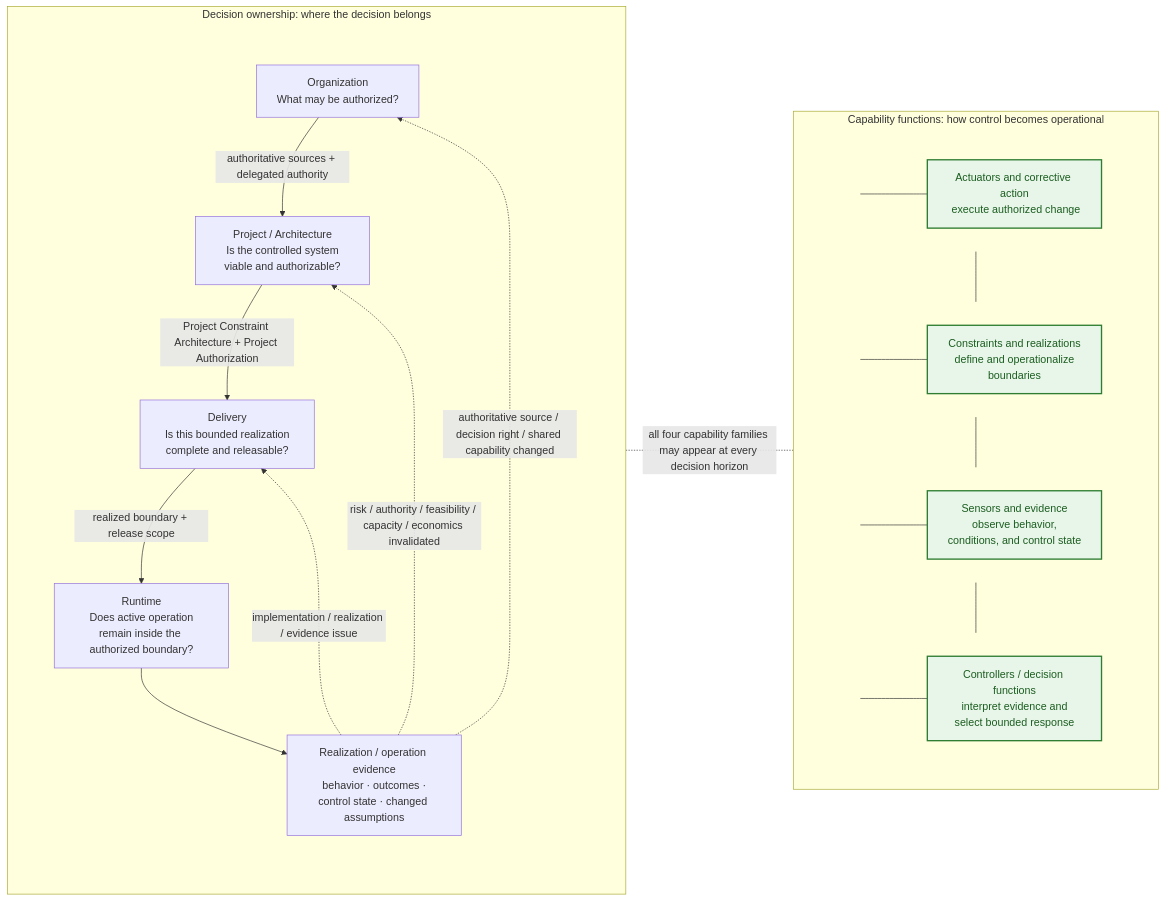
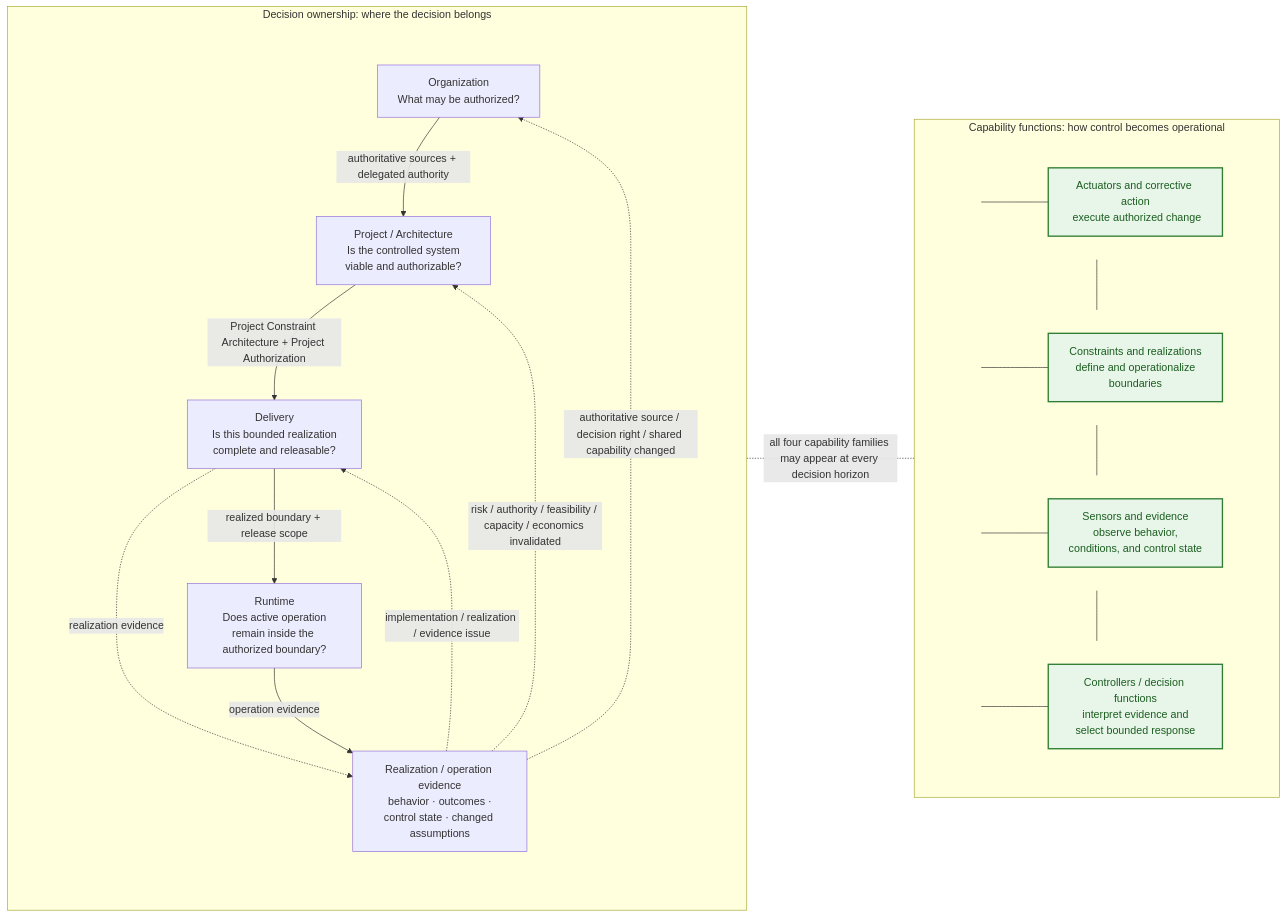
One commit to UncertaintyArchitectureGroup/uncertainty-architecture changed the ninth of 15 diagrams in content/research/notes/open-engineering-specification-article-draft.md. Above: the diagram before and after it, drawn with Mermaid. The commit also changed other lines of this file, not shown here.

````diff
--- a/content/research/notes/open-engineering-specification-article-draft.md
+++ b/content/research/notes/open-engineering-specification-article-draft.md
@@ -512,62 +498,63 @@
 ```mermaid
 flowchart LR
     subgraph L["Decision ownership: where the decision belongs"]
         direction TB
         subgraph SPINE9[" "]
   direction TB
   O["Organization<br/> What may be authorized?"]
   P["Project / Architecture<br/> Is the controlled system viable and authorizable?"]
   D["Delivery<br/> Is this bounded realization complete and releasable?"]
   R["Runtime<br/> Does active operation remain inside the authorized boundary?"]
   E["Realization / operation evidence<br/> behavior · outcomes · control state · changed assumptions"]
 
   O -->|authoritative sources + delegated authority| P
   P -->|Project Constraint Architecture + Project Authorization| D
   D -->|realized boundary + release scope| R
-  R --> E
+  D -.->|realization evidence| E
+    R -->|operation evidence| E
         end
 
         E -.->|implementation / realization / evidence issue| D
         E -.->|risk / authority / feasibility / capacity / economics invalidated| P
         E -.->|authoritative source / decision right / shared capability changed| O
 
         style SPINE9 fill:none,stroke:none
     end
 
     subgraph F["Capability functions: how control becomes operational"]
         direction TB
 
         subgraph F1[" "]
   direction LR
   J1(( )) --- A["Actuators and corrective action<br/> execute authorized change"]
         end
         subgraph F2[" "]
   direction LR
   J2(( )) --- K["Constraints and realizations<br/> define and operationalize boundaries"]
         end
         subgraph F3[" "]
   direction LR
   J3(( )) --- S["Sensors and evidence<br/> observe behavior, conditions, and control state"]
         end
         subgraph F4[" "]
   direction LR
   J4(( )) --- C["Controllers / decision functions<br/> interpret evidence and select bounded response"]
         end
 
         J1 --- J2
         J2 --- J3
         J3 --- J4
 
         style F1 fill:none,stroke:none
         style F2 fill:none,stroke:none
         style F3 fill:none,stroke:none
         style F4 fill:none,stroke:none
     end
 
     L -. "all four capability families may appear at every decision horizon" .- F
 
     classDef capability fill:#e8f5e9,stroke:#2e7d32,stroke-width:2px,color:#1b5e20;
     classDef railpoint fill:transparent,stroke:transparent,color:transparent;
     class A,K,S,C capability;
     class J1,J2,J3,J4 railpoint;
 ```
````
